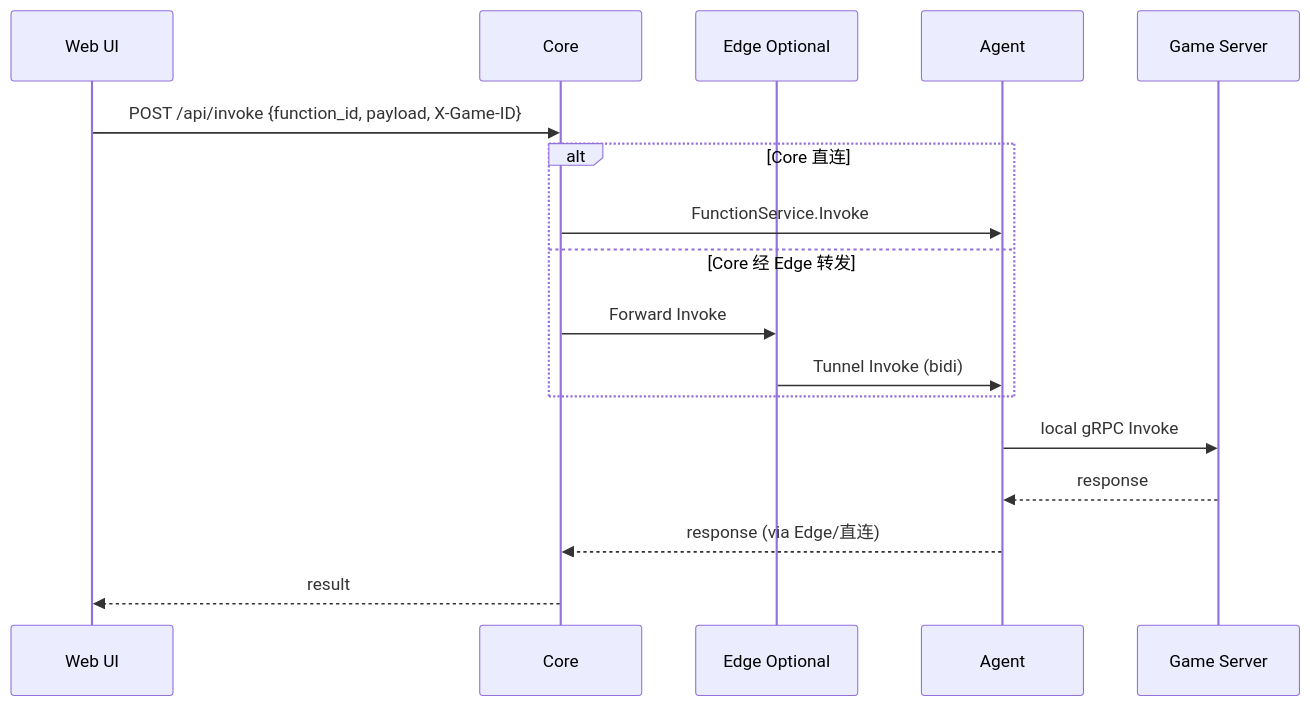
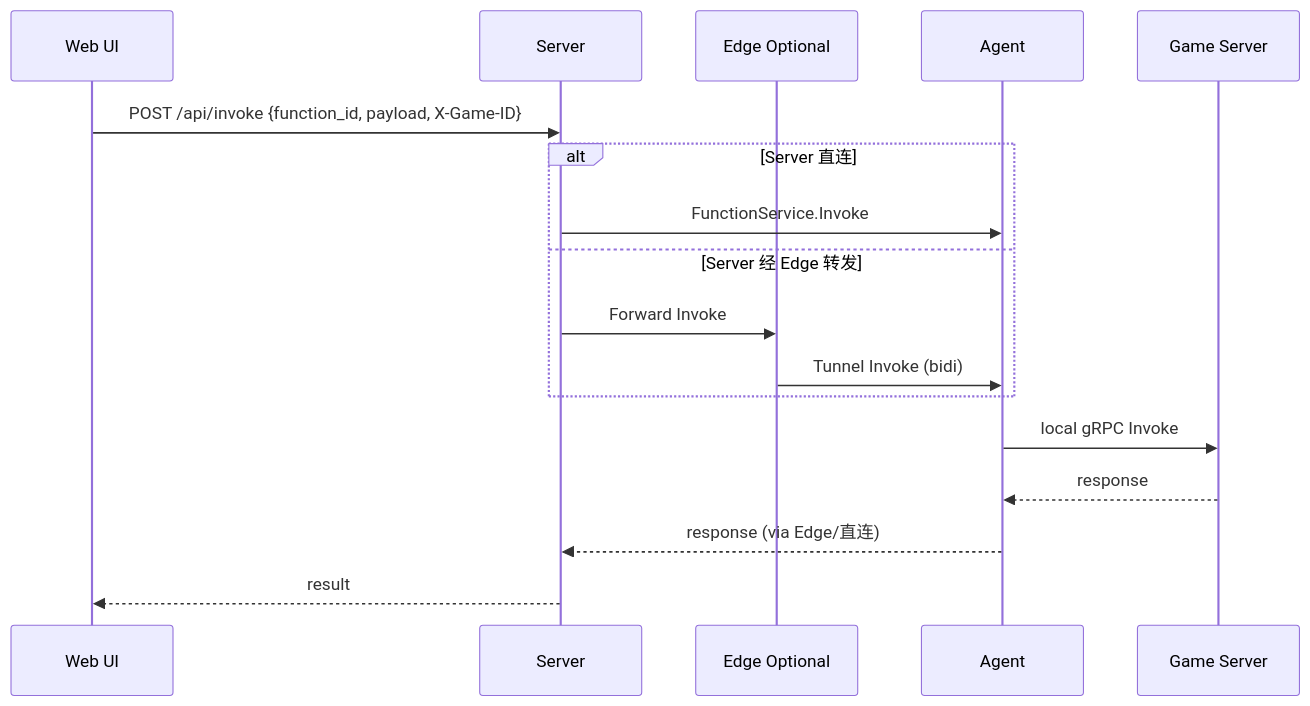
The second of 4 diagrams in README.md (cuihairu/croupier), drawn with Mermaid before and after one commit. The commit also changed other lines of this file and 4 other files, not shown here.

Commit message:
docs: rename Core concept to Server across README and docs

````diff
--- a/README.md
+++ b/README.md
@@ -70,19 +70,19 @@
 ```mermaid
 sequenceDiagram
   participant UI as Web UI
-  participant Core as Core
+  participant Server as Server
   participant Edge as Edge Optional
   participant Agent as Agent
   participant GS as Game Server
-  UI->>Core: POST /api/invoke {function_id, payload, X-Game-ID}
-  alt Core 直连
-    Core->>Agent: FunctionService.Invoke
-  else Core 经 Edge 转发
-    Core->>Edge: Forward Invoke
+  UI->>Server: POST /api/invoke {function_id, payload, X-Game-ID}
+  alt Server 直连
+    Server->>Agent: FunctionService.Invoke
+  else Server 经 Edge 转发
+    Server->>Edge: Forward Invoke
     Edge->>Agent: Tunnel Invoke (bidi)
   end
   Agent->>GS: local gRPC Invoke
   GS-->>Agent: response
-  Agent-->>Core: response (via Edge/直连)
-  Core-->>UI: result
+  Agent-->>Server: response (via Edge/直连)
+  Server-->>UI: result
 ```
````
